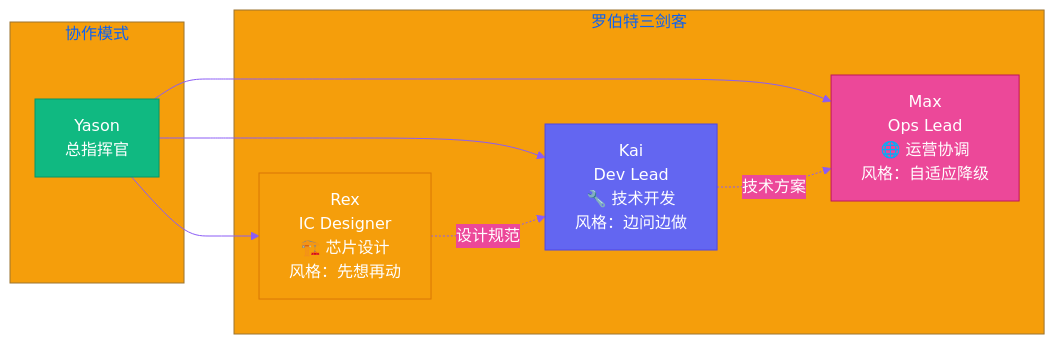
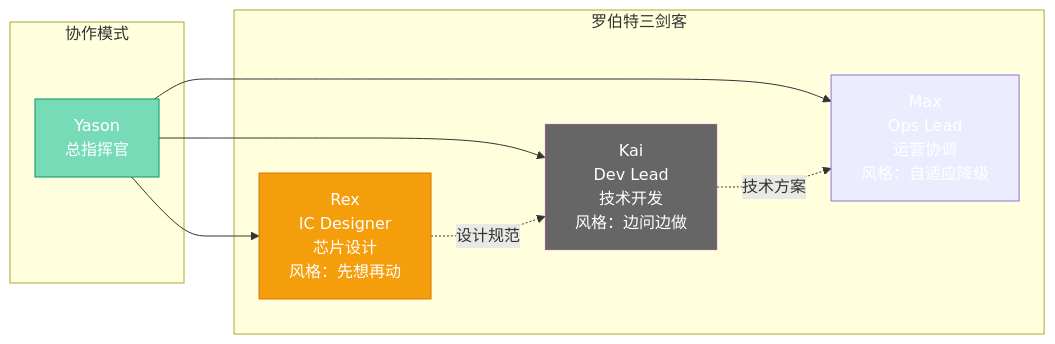
The second of 3 diagrams in posts/yason-and-roberts/zh/ch02.md (VokoForge/ai-prism), drawn with Mermaid before and after one commit. The commit also changed other lines of this file and 31 other files, not shown here.

First line of the commit message:
✨ Rewrite all articles: hook titles, Mermaid diagrams, engaging style

````diff
--- a/posts/yason-and-roberts/zh/ch02.md
+++ b/posts/yason-and-roberts/zh/ch02.md
@@ -110,24 +109,23 @@
 ```mermaid
-%%{init: {'theme': 'base', 'themeVariables': {'primaryColor': '#6366f1','primaryTextColor': '#fff','primaryBorderColor': '#4f46e5','lineColor': '#8b5cf6','secondaryColor': '#ec4899','tertiaryColor': '#f59e0b'}}}%%
 graph LR
     subgraph "罗伯特三剑客"
-        K[Kai<br>Dev Lead<br>🔧 技术开发<br>风格：边问边做]
-        R[Rex<br>IC Designer<br>🏗️ 芯片设计<br>风格：先想再动]
-        M[Max<br>Ops Lead<br>🌐 运营协调<br>风格：自适应降级]
+        K[Kai<br>Dev Lead<br> 技术开发<br>风格：边问边做]
+        R[Rex<br>IC Designer<br> 芯片设计<br>风格：先想再动]
+        M[Max<br>Ops Lead<br> 运营协调<br>风格：自适应降级]
     end
 
     subgraph "协作模式"
         Y[Yason<br>总指挥官]
     end
 
     Y --> K
     Y --> R
     Y --> M
     K -.->|技术方案| M
     R -.->|设计规范| K
 
-    style K fill:#6366f1,stroke:#4f46e5,color:#fff
+    style K fill:#666f,stroke:#f6e5,color:#fff
     style R fill:#f59e0b,stroke:#d97706,color:#fff
-    style M fill:#ec4899,stroke:#be185d,color:#fff
-    style Y fill:#10b981,stroke:#059669,color:#fff
+    style M fill:#ec899,stroke:#be85d,color:#fff
+    style Y fill:#0b98,stroke:#059669,color:#fff
 ```
````
